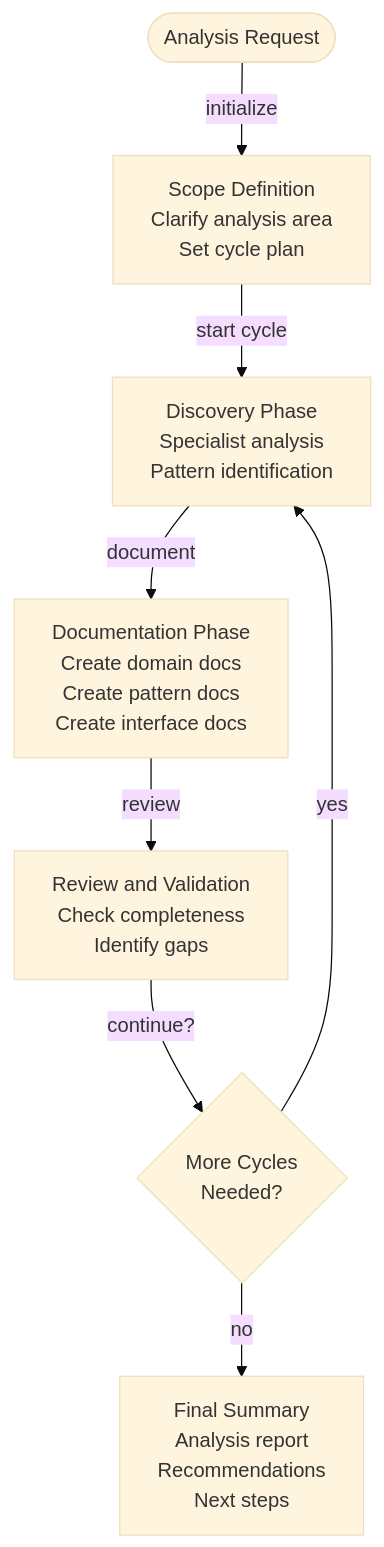
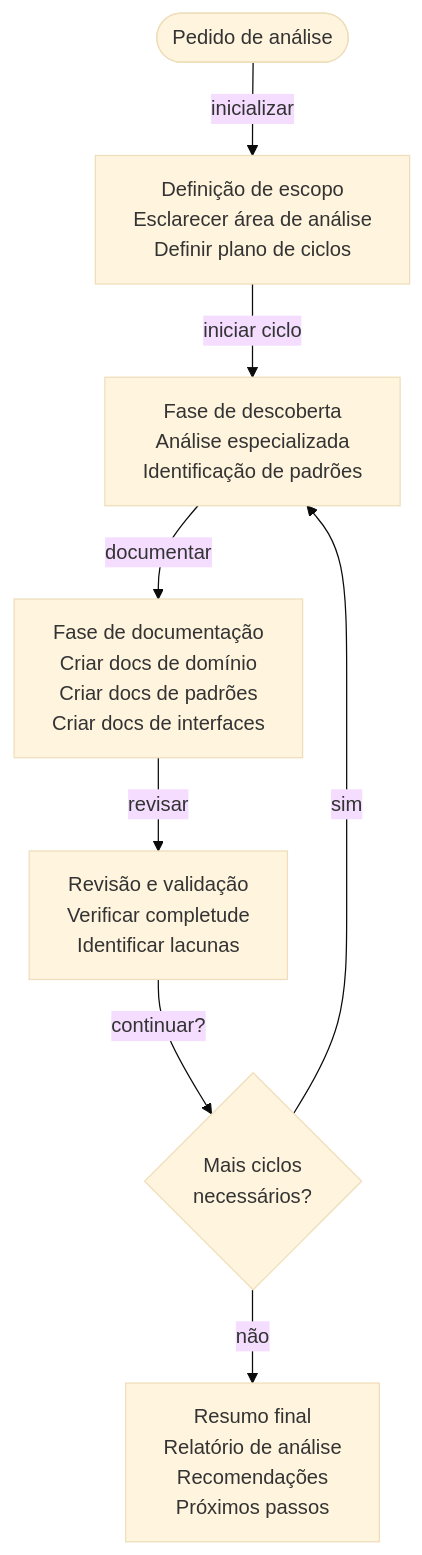
Before and after one commit to claude-code-mods/claude-code-mods-pt-br: the seventh of 10 diagrams in mods/start/README.md, drawn with Mermaid (base theme). The commit also changed other lines of this file and 21 other files, not shown here.

````diff
--- a/mods/start/README.md
+++ b/mods/start/README.md
@@ -399,10 +399,10 @@
 ```mermaid
 flowchart TD
-    A([Analysis Request]) --> |initialize| B[Scope Definition<br/>Clarify analysis area<br/>Set cycle plan]
-    B --> |start cycle| C[Discovery Phase<br/>Specialist analysis<br/>Pattern identification]
-    C --> |document| D[Documentation Phase<br/>Create domain docs<br/>Create pattern docs<br/>Create interface docs]
-    D --> |review| E[Review and Validation<br/>Check completeness<br/>Identify gaps]
-    E --> |continue?| F{More Cycles<br>Needed?}
-    F --> |yes| C
-    F --> |no| G[Final Summary<br/>Analysis report<br/>Recommendations<br/>Next steps]
+    A([Pedido de análise]) --> |inicializar| B[Definição de escopo<br/>Esclarecer área de análise<br/>Definir plano de ciclos]
+    B --> |iniciar ciclo| C[Fase de descoberta<br/>Análise especializada<br/>Identificação de padrões]
+    C --> |documentar| D[Fase de documentação<br/>Criar docs de domínio<br/>Criar docs de padrões<br/>Criar docs de interfaces]
+    D --> |revisar| E[Revisão e validação<br/>Verificar completude<br/>Identificar lacunas]
+    E --> |continuar?| F{Mais ciclos<br>necessários?}
+    F --> |sim| C
+    F --> |não| G[Resumo final<br/>Relatório de análise<br/>Recomendações<br/>Próximos passos]
 ```
````
